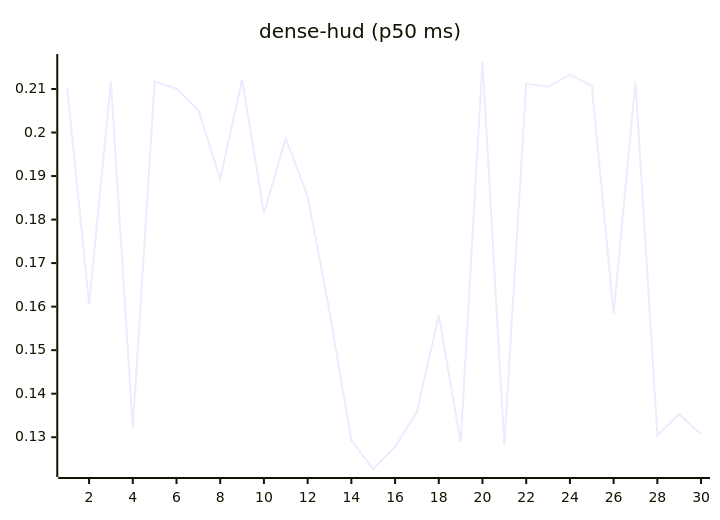
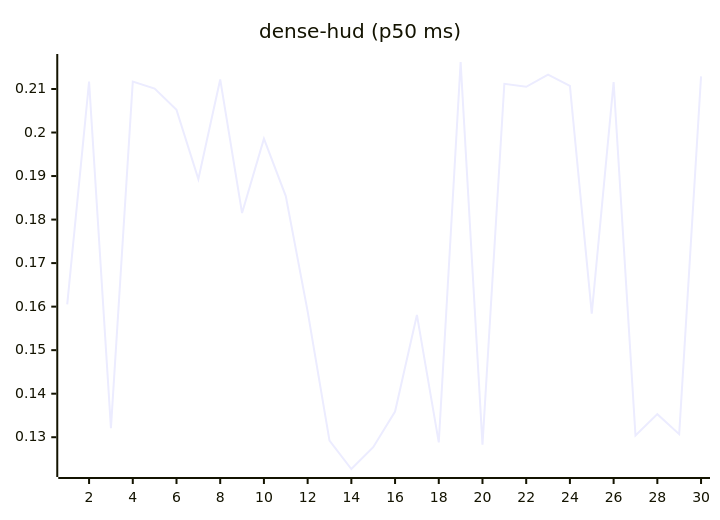
The eighth of 27 diagrams in README.md (josha/Facet), drawn with Mermaid before and after one commit. The commit also changed other lines of this file and 2 other files, not shown here.

````diff
--- a/README.md
+++ b/README.md
@@ -112,6 +112,6 @@
 ```mermaid
 xychart-beta
     title "dense-hud (p50 ms)"
     x-axis 1 --> 30
-    line [0.2103, 0.1605, 0.2117, 0.1321, 0.2117, 0.2101, 0.2052, 0.1893, 0.2122, 0.1815, 0.1986, 0.1854, 0.1589, 0.1292, 0.1227, 0.1277, 0.1359, 0.1581, 0.1288, 0.2162, 0.1283, 0.2112, 0.2105, 0.2133, 0.2107, 0.1584, 0.2116, 0.1304, 0.1353, 0.1307]
+    line [0.1605, 0.2117, 0.1321, 0.2117, 0.2101, 0.2052, 0.1893, 0.2122, 0.1815, 0.1986, 0.1854, 0.1589, 0.1292, 0.1227, 0.1277, 0.1359, 0.1581, 0.1288, 0.2162, 0.1283, 0.2112, 0.2105, 0.2133, 0.2107, 0.1584, 0.2116, 0.1304, 0.1353, 0.1307, 0.2129]
 ```
````
